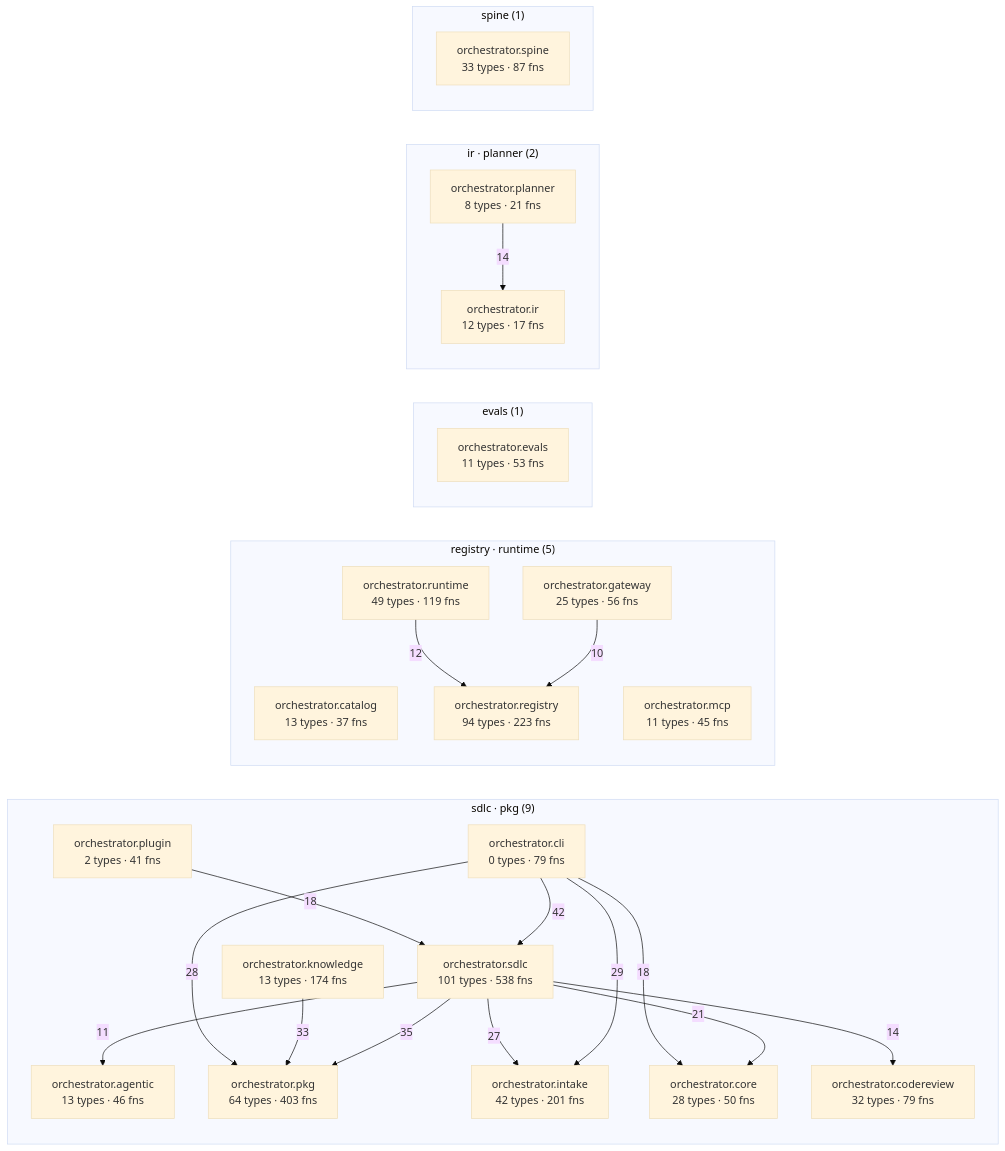
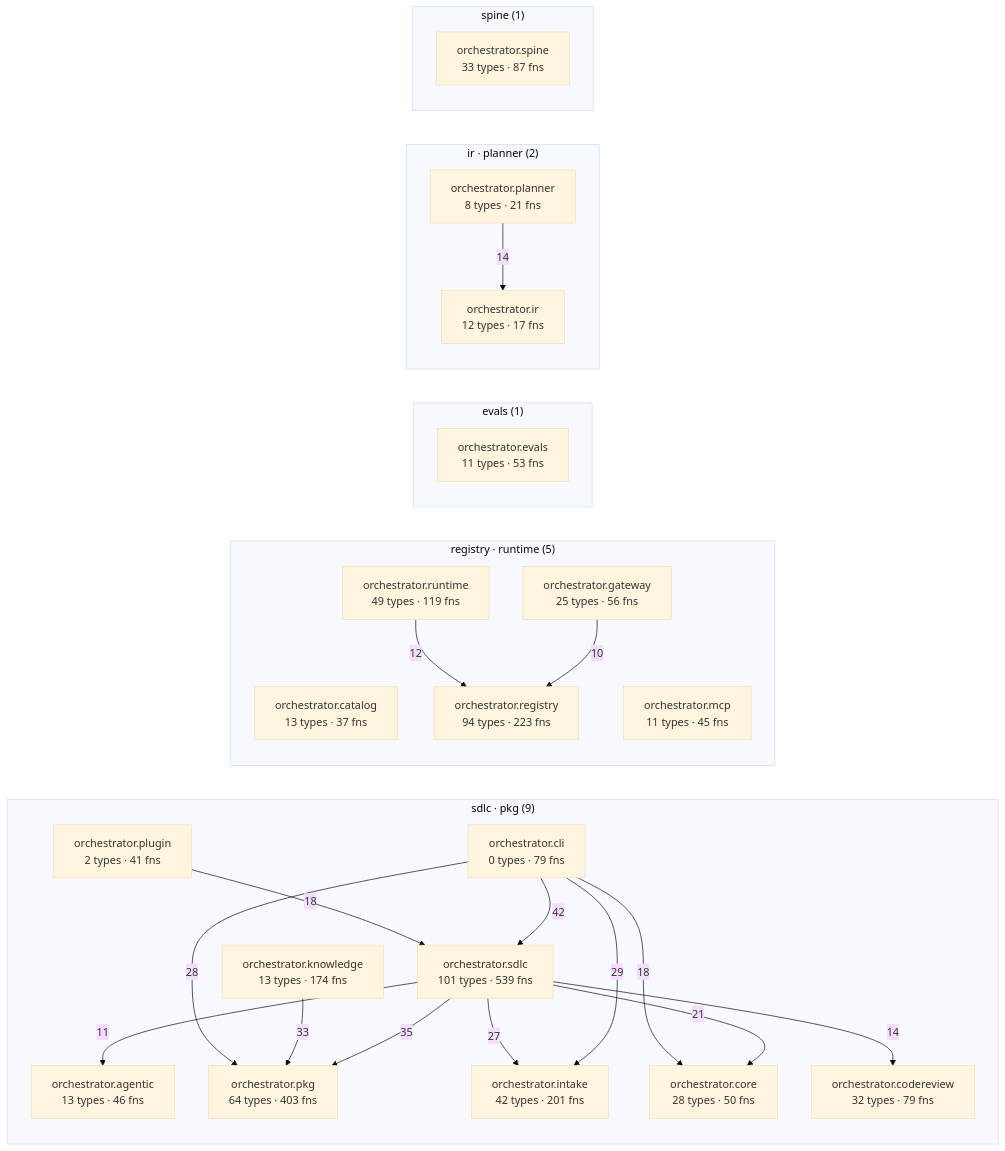
Before and after one commit to synaptixs/spine: the diagram in episteme/architecture.md, drawn with Mermaid (base theme). The commit also changed other lines of this file and 6 other files, not shown here.

````diff
--- a/episteme/architecture.md
+++ b/episteme/architecture.md
@@ -54,45 +54,45 @@
 ```mermaid
 flowchart LR
   subgraph c_1["sdlc · pkg (9)"]
     aorchestratoragentic["orchestrator.agentic<br/>13 types · 46 fns"]
     aorchestratorcli["orchestrator.cli<br/>0 types · 79 fns"]
     aorchestratorcodereview["orchestrator.codereview<br/>32 types · 79 fns"]
     aorchestratorcore["orchestrator.core<br/>28 types · 50 fns"]
     aorchestratorintake["orchestrator.intake<br/>42 types · 201 fns"]
     aorchestratorknowledge["orchestrator.knowledge<br/>13 types · 174 fns"]
     aorchestratorpkg["orchestrator.pkg<br/>64 types · 403 fns"]
     aorchestratorplugin["orchestrator.plugin<br/>2 types · 41 fns"]
-    aorchestratorsdlc["orchestrator.sdlc<br/>101 types · 538 fns"]
+    aorchestratorsdlc["orchestrator.sdlc<br/>101 types · 539 fns"]
   end
   subgraph c_3["registry · runtime (5)"]
     aorchestratorcatalog["orchestrator.catalog<br/>13 types · 37 fns"]
     aorchestratorgateway["orchestrator.gateway<br/>25 types · 56 fns"]
     aorchestratormcp["orchestrator.mcp<br/>11 types · 45 fns"]
     aorchestratorregistry["orchestrator.registry<br/>94 types · 223 fns"]
     aorchestratorruntime["orchestrator.runtime<br/>49 types · 119 fns"]
   end
   subgraph c_5["evals (1)"]
     aorchestratorevals["orchestrator.evals<br/>11 types · 53 fns"]
   end
   subgraph c_7["ir · planner (2)"]
     aorchestratorir["orchestrator.ir<br/>12 types · 17 fns"]
     aorchestratorplanner["orchestrator.planner<br/>8 types · 21 fns"]
   end
   subgraph c_10["spine (1)"]
     aorchestratorspine["orchestrator.spine<br/>33 types · 87 fns"]
   end
   aorchestratorcli -->|42| aorchestratorsdlc
   aorchestratorsdlc -->|35| aorchestratorpkg
   aorchestratorknowledge -->|33| aorchestratorpkg
   aorchestratorcli -->|29| aorchestratorintake
   aorchestratorcli -->|28| aorchestratorpkg
   aorchestratorsdlc -->|27| aorchestratorintake
   aorchestratorsdlc -->|21| aorchestratorcore
   aorchestratorcli -->|18| aorchestratorcore
   aorchestratorplugin -->|18| aorchestratorsdlc
   aorchestratorplanner -->|14| aorchestratorir
   aorchestratorsdlc -->|14| aorchestratorcodereview
   aorchestratorruntime -->|12| aorchestratorregistry
   aorchestratorsdlc -->|11| aorchestratoragentic
   aorchestratorgateway -->|10| aorchestratorregistry
 ```
````
